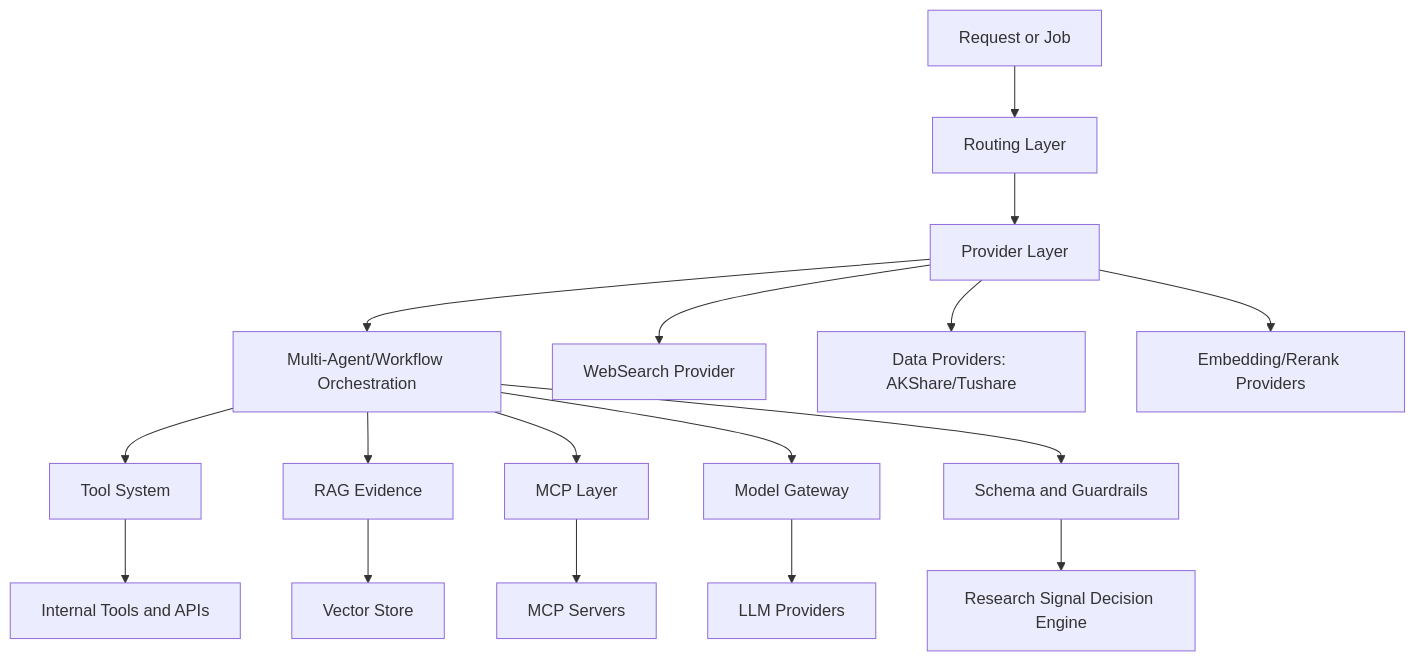
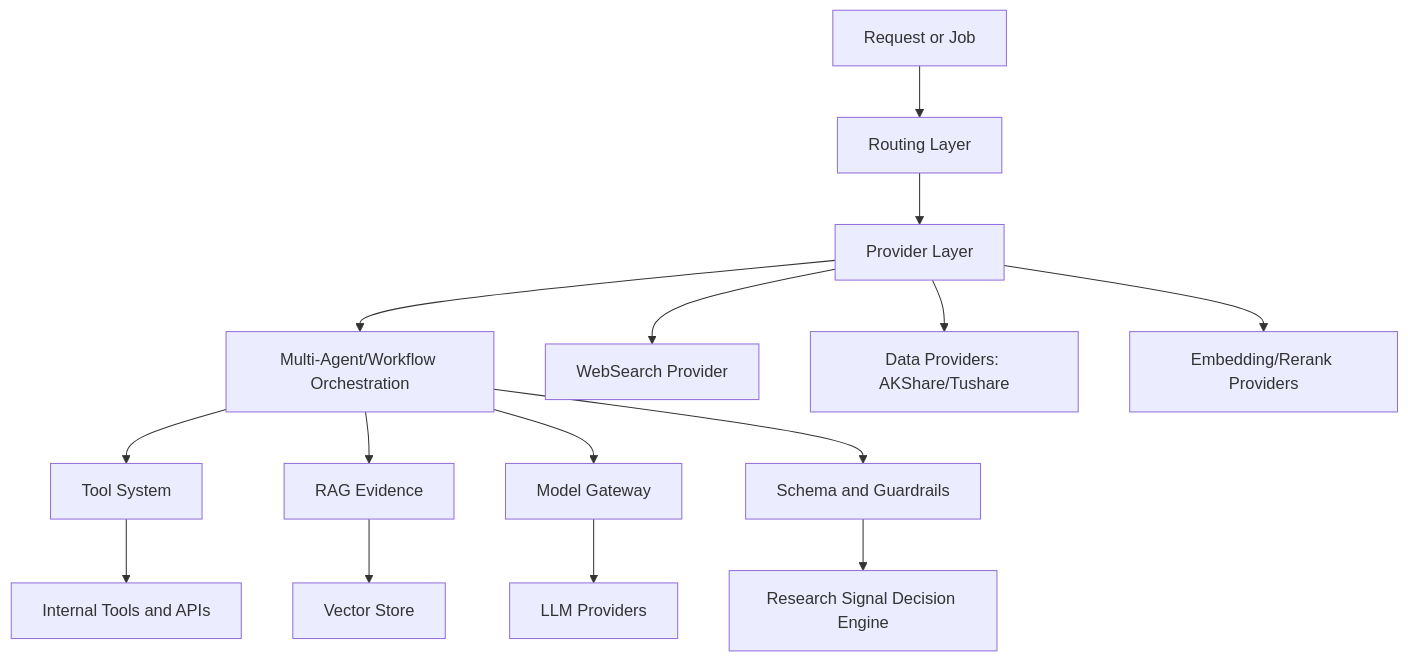
The eighth of 20 diagrams in docs/design/v0.1/architecture/Margin_Architecture_Design_v0.1_EN.md (RickyW0529/Margin), drawn with Mermaid before and after one commit. The commit also changed other lines of this file and 64 other files, not shown here.

````diff
--- a/docs/design/v0.1/architecture/Margin_Architecture_Design_v0.1_EN.md
+++ b/docs/design/v0.1/architecture/Margin_Architecture_Design_v0.1_EN.md
@@ -334,19 +333,17 @@
 ```mermaid
 flowchart TB
     Q[Request or Job] --> R[Routing Layer]
     R --> PR[Provider Layer]
     PR --> O[Multi-Agent/Workflow Orchestration]
     O --> T[Tool System]
     O --> G[RAG Evidence]
-    O --> M[MCP Layer]
     PR --> W[WebSearch Provider]
     PR --> DP[Data Providers: AKShare/Tushare]
     PR --> EP[Embedding/Rerank Providers]
     T --> X[Internal Tools and APIs]
-    M --> Y[MCP Servers]
     G --> V[Vector Store]
     O --> L[Model Gateway]
     L --> P[LLM Providers]
     O --> S[Schema and Guardrails]
     S --> D[Research Signal Decision Engine]
 ```
````
